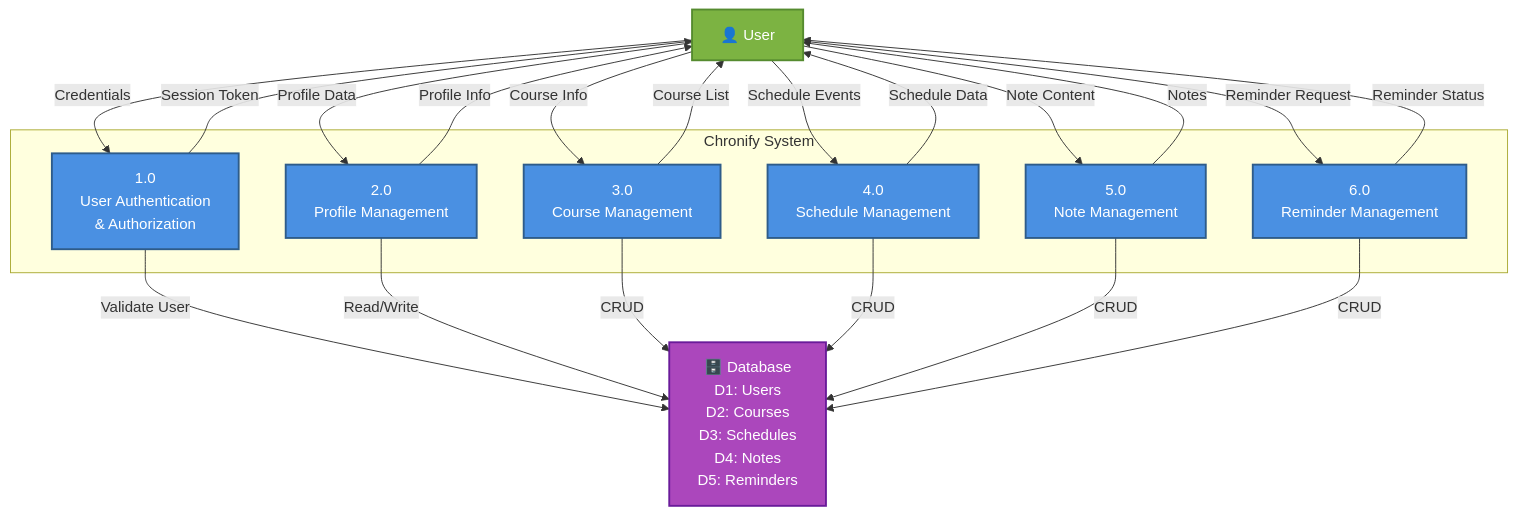
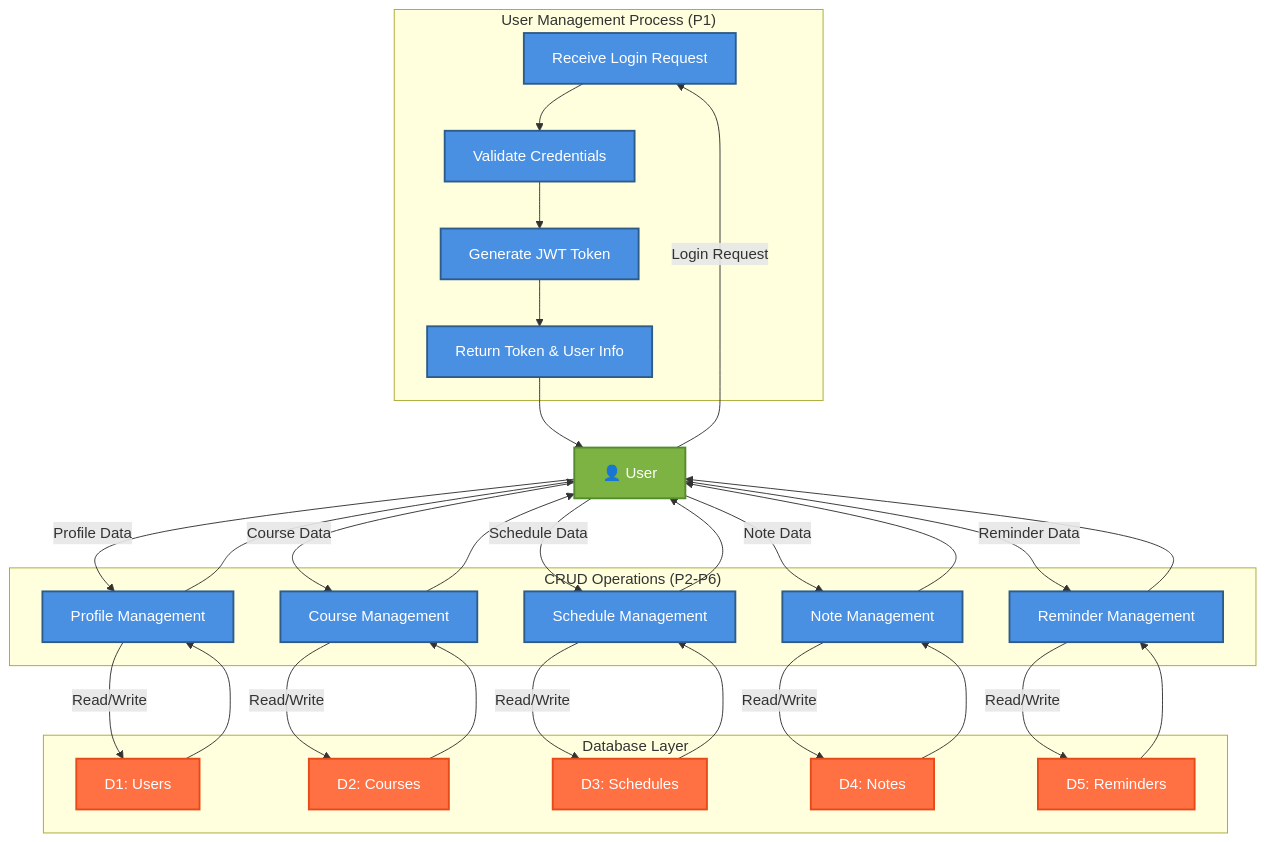
The tenth of 11 diagrams in chronify_system_models_back-end.md (Dan5N/Chronify_back-end), drawn with Mermaid before and after one commit. The commit also changed other lines of this file, not shown here.

First line of the commit message:
docs(architecture): 更新系统模型图并细化业务流程描述

````diff
--- a/chronify_system_models_back-end.md
+++ b/chronify_system_models_back-end.md
@@ -684,48 +788,74 @@
 ```mermaid
 graph TB
+    subgraph "User Management Process (P1)"
+        P1A["Receive Login Request"]
+        P1B["Validate Credentials"]
+        P1C["Generate JWT Token"]
+        P1D["Return Token & User Info"]
+    end
+    
+    subgraph "CRUD Operations (P2-P6)"
+        P2["Profile Management"]
+        P3["Course Management"]
+        P4["Schedule Management"]
+        P5["Note Management"]
+        P6["Reminder Management"]
+    end
+    
+    subgraph "Database Layer"
+        D1["D1: Users"]
+        D2["D2: Courses"]
+        D3["D3: Schedules"]
+        D4["D4: Notes"]
+        D5["D5: Reminders"]
+    end
+    
     User["👤 User"]
-  
-    subgraph "Chronify System"
-        P1["1.0<br/>User Authentication<br/>& Authorization"]
-        P2["2.0<br/>Profile Management"]
-        P3["3.0<br/>Course Management"]
-        P4["4.0<br/>Schedule Management"]
-        P5["5.0<br/>Note Management"]
-        P6["6.0<br/>Reminder Management"]
-    end
-
-    DB["🗄️ Database<br/>D1: Users<br/>D2: Courses<br/>D3: Schedules<br/>D4: Notes<br/>D5: Reminders"]
-  
-    User -->|Credentials| P1
-    P1 -->|Session Token| User
-    P1 -->|Validate User| DB
-  
+    
+    User -->|Login Request| P1A
+    P1A --> P1B
+    P1B --> P1C
+    P1C --> P1D
+    P1D --> User
+    
     User -->|Profile Data| P2
-    P2 -->|Profile Info| User
-    P2 -->|Read/Write| DB
-  
-    User -->|Course Info| P3
-    P3 -->|Course List| User
-    P3 -->|CRUD| DB
-  
-    User -->|Schedule Events| P4
-    P4 -->|Schedule Data| User
-    P4 -->|CRUD| DB
-  
-    User -->|Note Content| P5
-    P5 -->|Notes| User
-    P5 -->|CRUD| DB
-  
-    User -->|Reminder Request| P6
-    P6 -->|Reminder Status| User
-    P6 -->|CRUD| DB
-  
-    style P1 fill:#4A90E2,stroke:#2E5C8A,stroke-width:2px,color:#fff
+    P2 -->|Read/Write| D1
+    D1 --> P2
+    P2 --> User
+    
+    User -->|Course Data| P3
+    P3 -->|Read/Write| D2
+    D2 --> P3
+    P3 --> User
+    
+    User -->|Schedule Data| P4
+    P4 -->|Read/Write| D3
+    D3 --> P4
+    P4 --> User
+    
+    User -->|Note Data| P5
+    P5 -->|Read/Write| D4
+    D4 --> P5
+    P5 --> User
+    
+    User -->|Reminder Data| P6
+    P6 -->|Read/Write| D5
+    D5 --> P6
+    P6 --> User
+    
+    style User fill:#7CB342,stroke:#558B2F,stroke-width:2px,color:#fff
+    style P1A fill:#4A90E2,stroke:#2E5C8A,stroke-width:2px,color:#fff
+    style P1B fill:#4A90E2,stroke:#2E5C8A,stroke-width:2px,color:#fff
+    style P1C fill:#4A90E2,stroke:#2E5C8A,stroke-width:2px,color:#fff
+    style P1D fill:#4A90E2,stroke:#2E5C8A,stroke-width:2px,color:#fff
     style P2 fill:#4A90E2,stroke:#2E5C8A,stroke-width:2px,color:#fff
     style P3 fill:#4A90E2,stroke:#2E5C8A,stroke-width:2px,color:#fff
     style P4 fill:#4A90E2,stroke:#2E5C8A,stroke-width:2px,color:#fff
     style P5 fill:#4A90E2,stroke:#2E5C8A,stroke-width:2px,color:#fff
     style P6 fill:#4A90E2,stroke:#2E5C8A,stroke-width:2px,color:#fff
-    style User fill:#7CB342,stroke:#558B2F,stroke-width:2px,color:#fff
-    style DB fill:#AB47BC,stroke:#6A1B9A,stroke-width:2px,color:#fff
+    style D1 fill:#FF7043,stroke:#E64A19,stroke-width:2px,color:#fff
+    style D2 fill:#FF7043,stroke:#E64A19,stroke-width:2px,color:#fff
+    style D3 fill:#FF7043,stroke:#E64A19,stroke-width:2px,color:#fff
+    style D4 fill:#FF7043,stroke:#E64A19,stroke-width:2px,color:#fff
+    style D5 fill:#FF7043,stroke:#E64A19,stroke-width:2px,color:#fff
 ```
````
